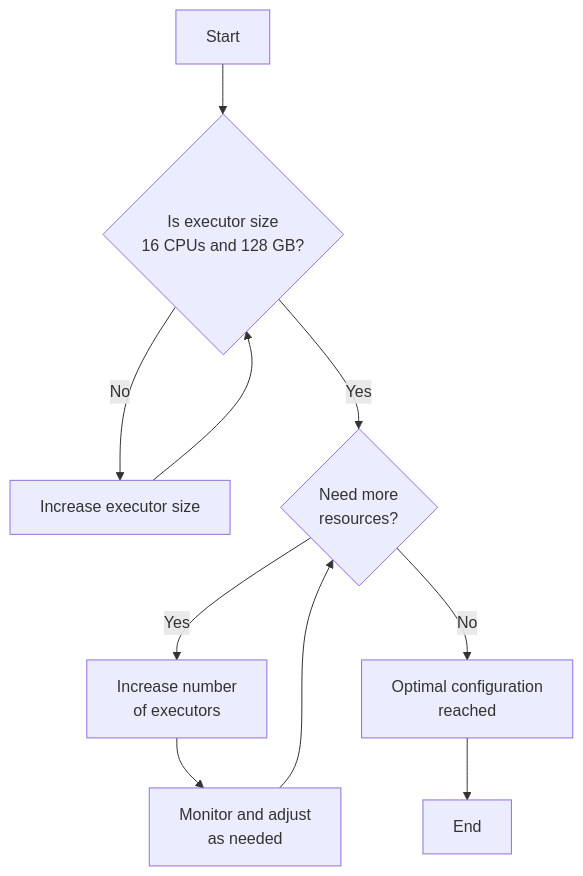
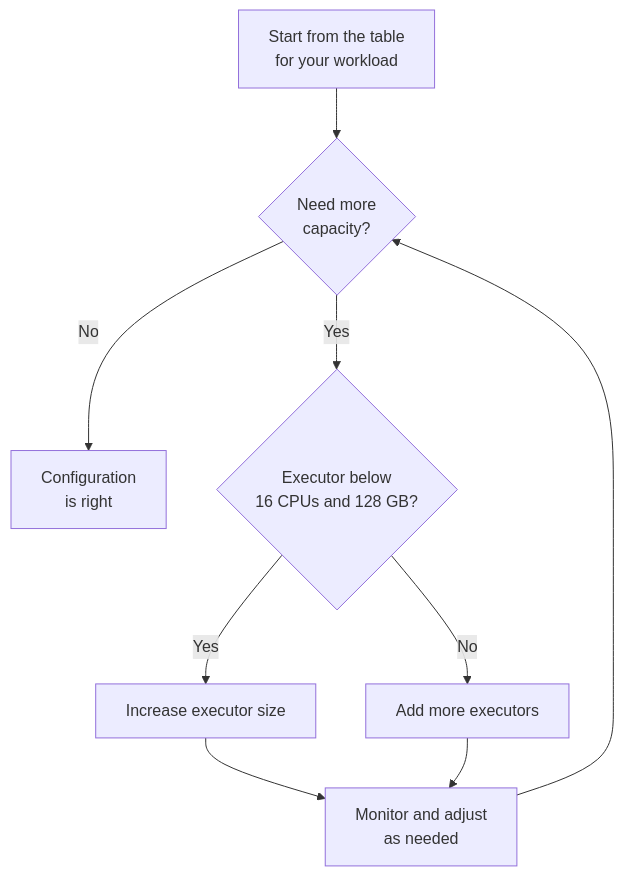
Before and after one commit to iomete/iom-docs: the diagram in user-guide/node-types/node-type-sizing.md, drawn with Mermaid.

Commit message:
docs(node-types): align executor flowchart with the sizing tables
The flowchart still told readers to grow every executor to 16 CPUs and
128 GB before adding any, which contradicted the tables now recommending a
starting size per workload. Redrawn so it starts from the table and treats
16/128 as the point where you stop growing and start adding.

````diff
--- a/user-guide/node-types/node-type-sizing.md
+++ b/user-guide/node-types/node-type-sizing.md
@@ -104,12 +104,11 @@
 ```mermaid
 graph TD
-  A[Start] --> B{Is executor size <br> 16 CPUs and 128 GB?}
-  B -->|No| C[Increase executor size]
-  C --> B
-  B -->|Yes| D{Need more <br> resources?}
-  D -->|Yes| E[Increase number <br> of executors]
-  D -->|No| F[Optimal configuration <br> reached]
-  E --> J[Monitor and adjust <br> as needed]
-  J --> D
-  F --> K[End]
+  A[Start from the table <br> for your workload] --> B{Need more <br> capacity?}
+  B -->|No| C[Configuration <br> is right]
+  B -->|Yes| D{Executor below <br> 16 CPUs and 128 GB?}
+  D -->|Yes| E[Increase executor size]
+  D -->|No| F[Add more executors]
+  E --> G[Monitor and adjust <br> as needed]
+  F --> G
+  G --> B
 ```
````
